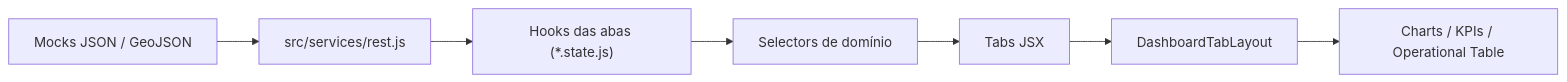
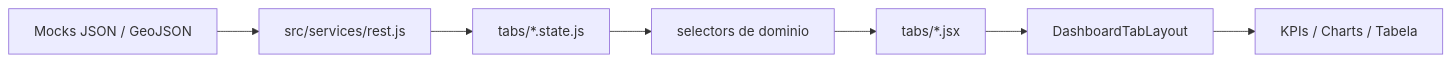
Before and after one commit to andrepimentelsantos01/dashboard-ia-bi-demo: the diagram in README.md, drawn with Mermaid. The commit also changed other lines of this file and 47 other files, not shown here.

````diff
--- a/README.md
+++ b/README.md
@@ -109,9 +108,9 @@
 ```mermaid
 flowchart LR
     A["Mocks JSON / GeoJSON"] --> B["src/services/rest.js"]
-    B --> C["Hooks das abas (*.state.js)"]
-    C --> D["Selectors de domínio"]
-    D --> E["Tabs JSX"]
+    B --> C["tabs/*.state.js"]
+    C --> D["selectors de dominio"]
+    D --> E["tabs/*.jsx"]
     E --> F["DashboardTabLayout"]
-    F --> G["Charts / KPIs / Operational Table"]
+    F --> G["KPIs / Charts / Tabela"]
 ```
````
